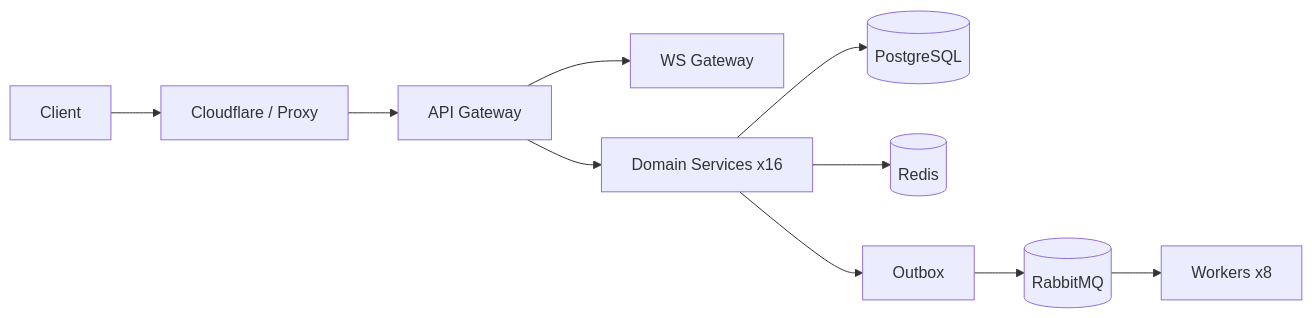
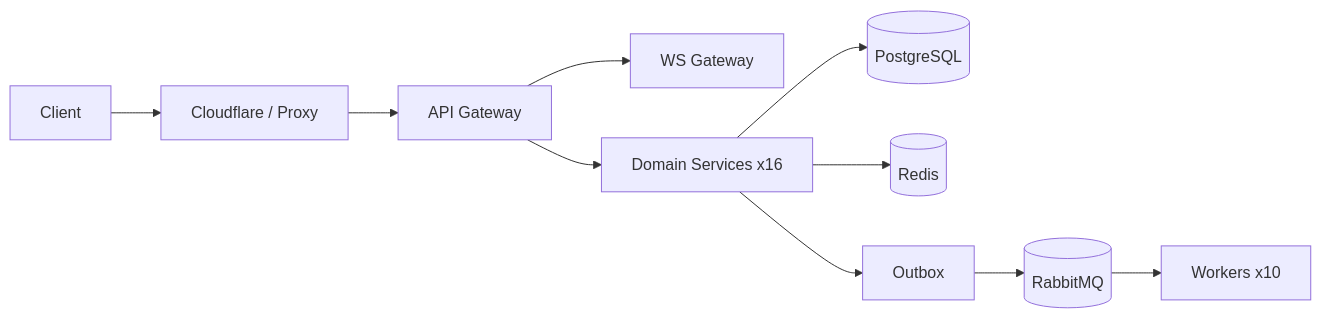
The diagram in README.md (nestlancer/nestlancer-api-public), drawn with Mermaid before and after one commit. The commit also changed other lines of this file and 35 other files, not shown here.

````diff
--- a/README.md
+++ b/README.md
@@ -79,12 +79,12 @@
 ```mermaid
 flowchart LR
   C[Client] --> CF[Cloudflare / Proxy]
   CF --> G[API Gateway]
   G --> WSG[WS Gateway]
   G --> S[Domain Services x16]
   S --> DB[(PostgreSQL)]
   S --> R[(Redis)]
   S --> O[Outbox]
   O --> MQ[(RabbitMQ)]
-  MQ --> WK[Workers x8]
+  MQ --> WK[Workers x10]
 ```
````
